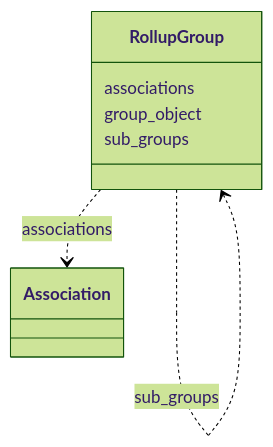
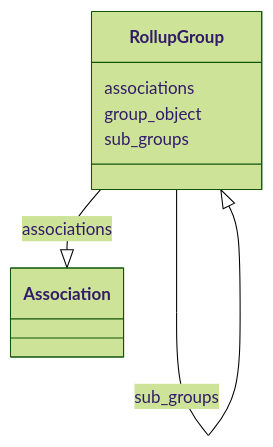
Before and after one commit to INCATools/ontology-access-kit: the diagram in association/RollupGroup.md, drawn with Mermaid (forest theme). The commit also changed other lines of this file and 3011 other files, not shown here.

````diff
--- a/association/RollupGroup.md
+++ b/association/RollupGroup.md
@@ -9,15 +9,15 @@
 ```{mermaid}
  classDiagram
     class RollupGroup
       RollupGroup : associations
         
-          RollupGroup ..> Association : associations
+          RollupGroup --|> Association : associations
         
       RollupGroup : group_object
         
       RollupGroup : sub_groups
         
-          RollupGroup ..> RollupGroup : sub_groups
+          RollupGroup --|> RollupGroup : sub_groups
         
       
 ```
````
